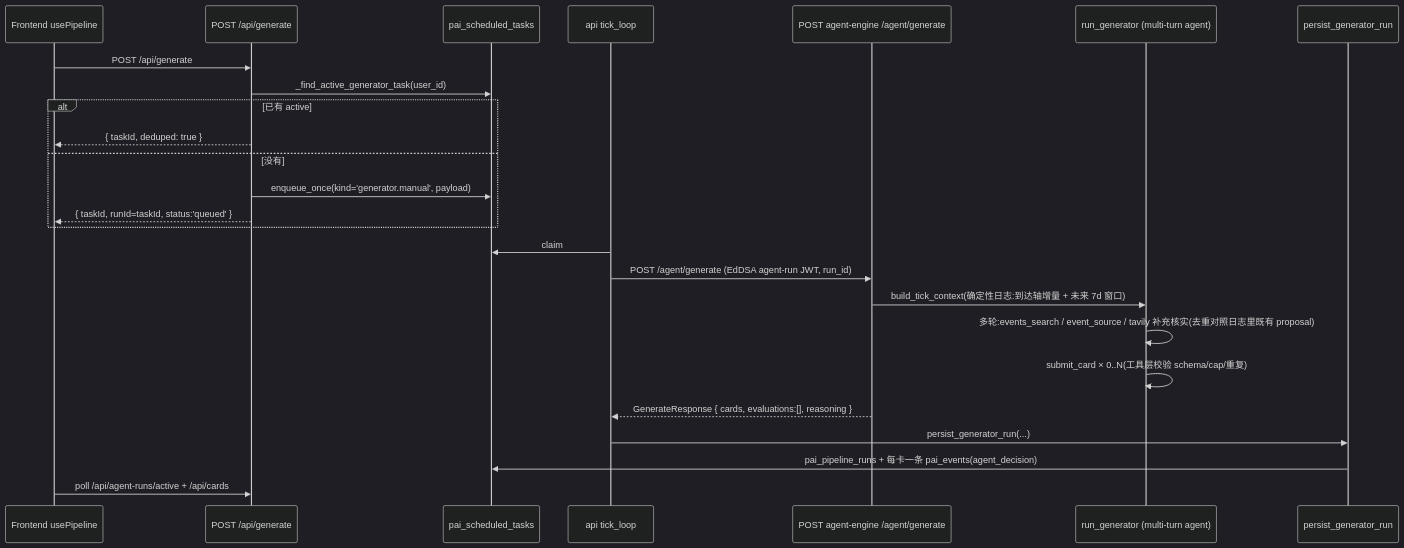
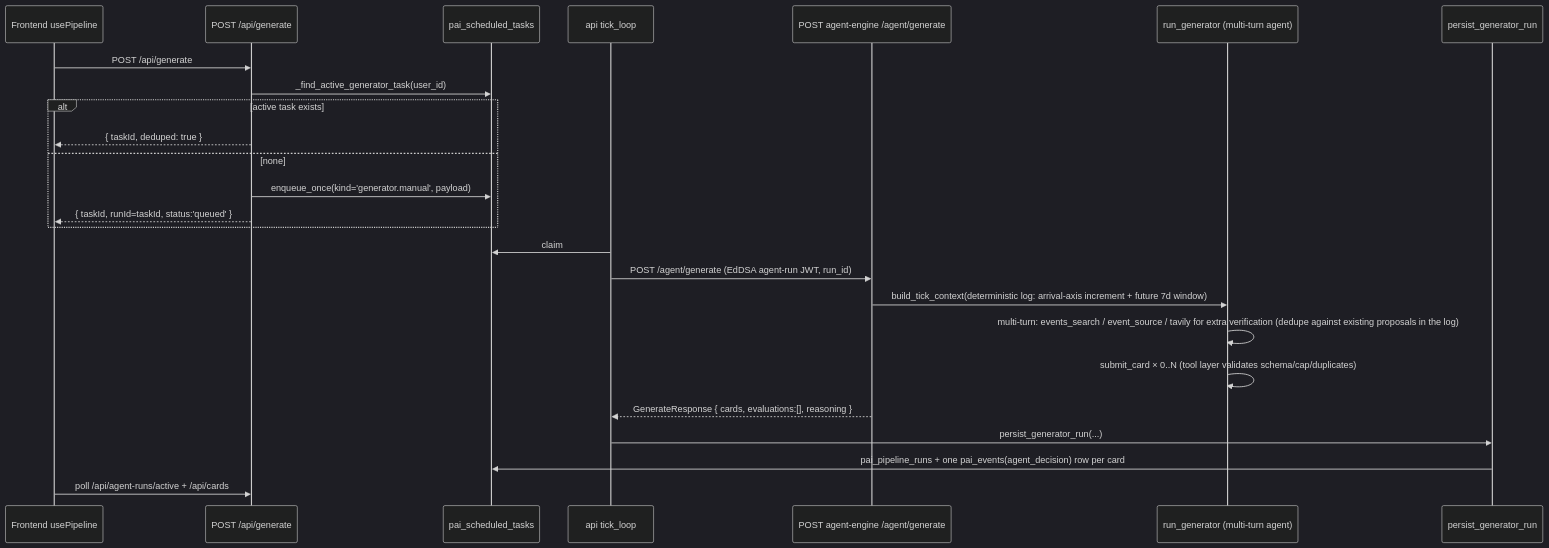
The second of 2 diagrams in docs/modules/generation.mdx (Edge-AI-HQ/proactive-assistant), drawn with Mermaid (dark theme) before and after one commit. The commit also changed other lines of this file and 12 other files, not shown here.

````diff
--- a/docs/modules/generation.mdx
+++ b/docs/modules/generation.mdx
@@ -51,28 +51,28 @@
 ```mermaid
 sequenceDiagram
   participant FE as Frontend usePipeline
   participant Web as POST /api/generate
   participant DB as pai_scheduled_tasks
   participant Sched as api tick_loop
   participant Chat as POST agent-engine /agent/generate
   participant Agent as run_generator (multi-turn agent)
   participant Save as persist_generator_run
 
   FE->>Web: POST /api/generate
   Web->>DB: _find_active_generator_task(user_id)
-  alt 已有 active
+  alt active task exists
     Web-->>FE: { taskId, deduped: true }
-  else 没有
+  else none
     Web->>DB: enqueue_once(kind='generator.manual', payload)
     Web-->>FE: { taskId, runId=taskId, status:'queued' }
   end
   Sched->>DB: claim
   Sched->>Chat: POST /agent/generate (EdDSA agent-run JWT, run_id)
-  Chat->>Agent: build_tick_context(确定性日志:到达轴增量 + 未来 7d 窗口)
-  Agent->>Agent: 多轮:events_search / event_source / tavily 补充核实(去重对照日志里既有 proposal)
-  Agent->>Agent: submit_card × 0..N(工具层校验 schema/cap/重复)
+  Chat->>Agent: build_tick_context(deterministic log: arrival-axis increment + future 7d window)
+  Agent->>Agent: multi-turn: events_search / event_source / tavily for extra verification (dedupe against existing proposals in the log)
+  Agent->>Agent: submit_card × 0..N (tool layer validates schema/cap/duplicates)
   Chat-->>Sched: GenerateResponse { cards, evaluations:[], reasoning }
   Sched->>Save: persist_generator_run(...)
-  Save->>DB: pai_pipeline_runs + 每卡一条 pai_events(agent_decision)
+  Save->>DB: pai_pipeline_runs + one pai_events(agent_decision) row per card
   FE->>Web: poll /api/agent-runs/active + /api/cards
 ```
````
